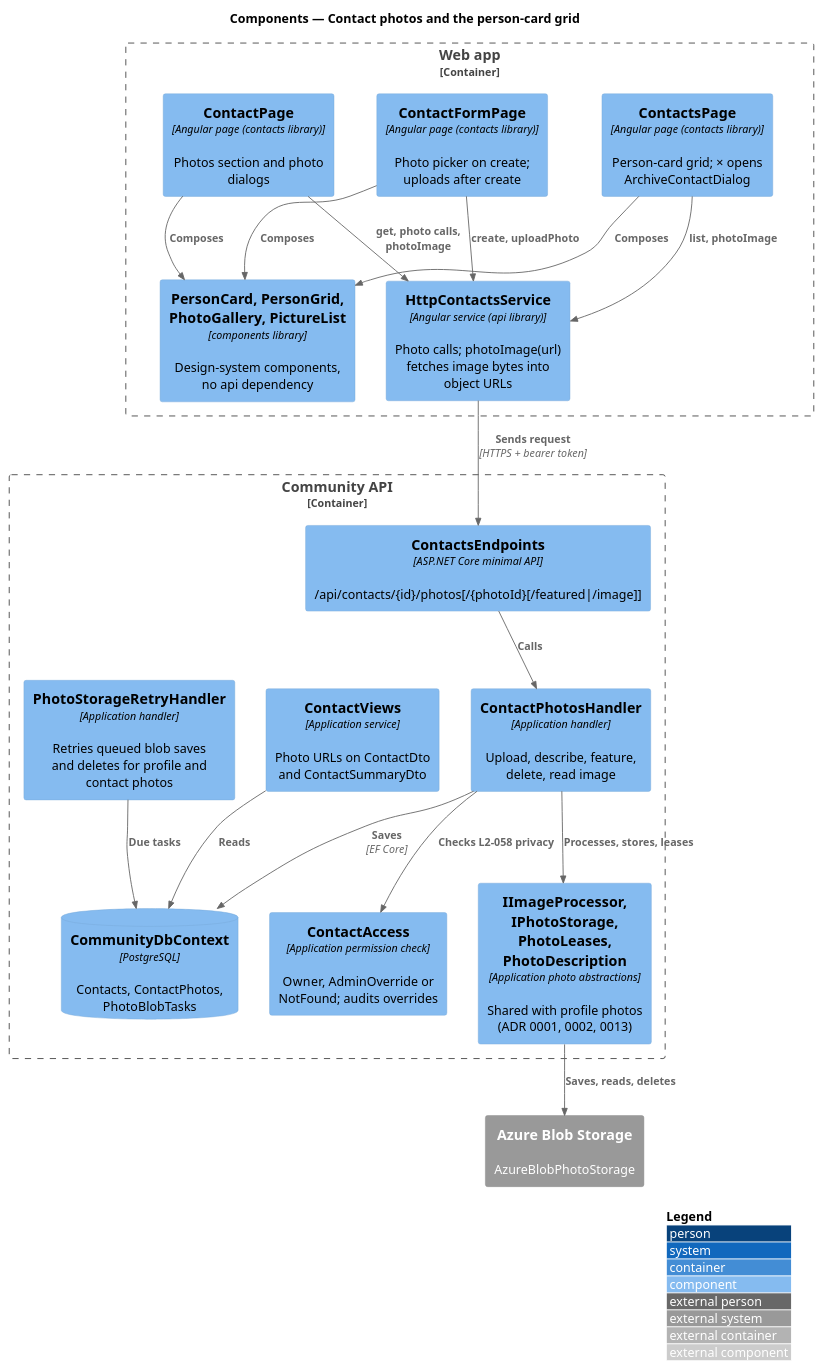
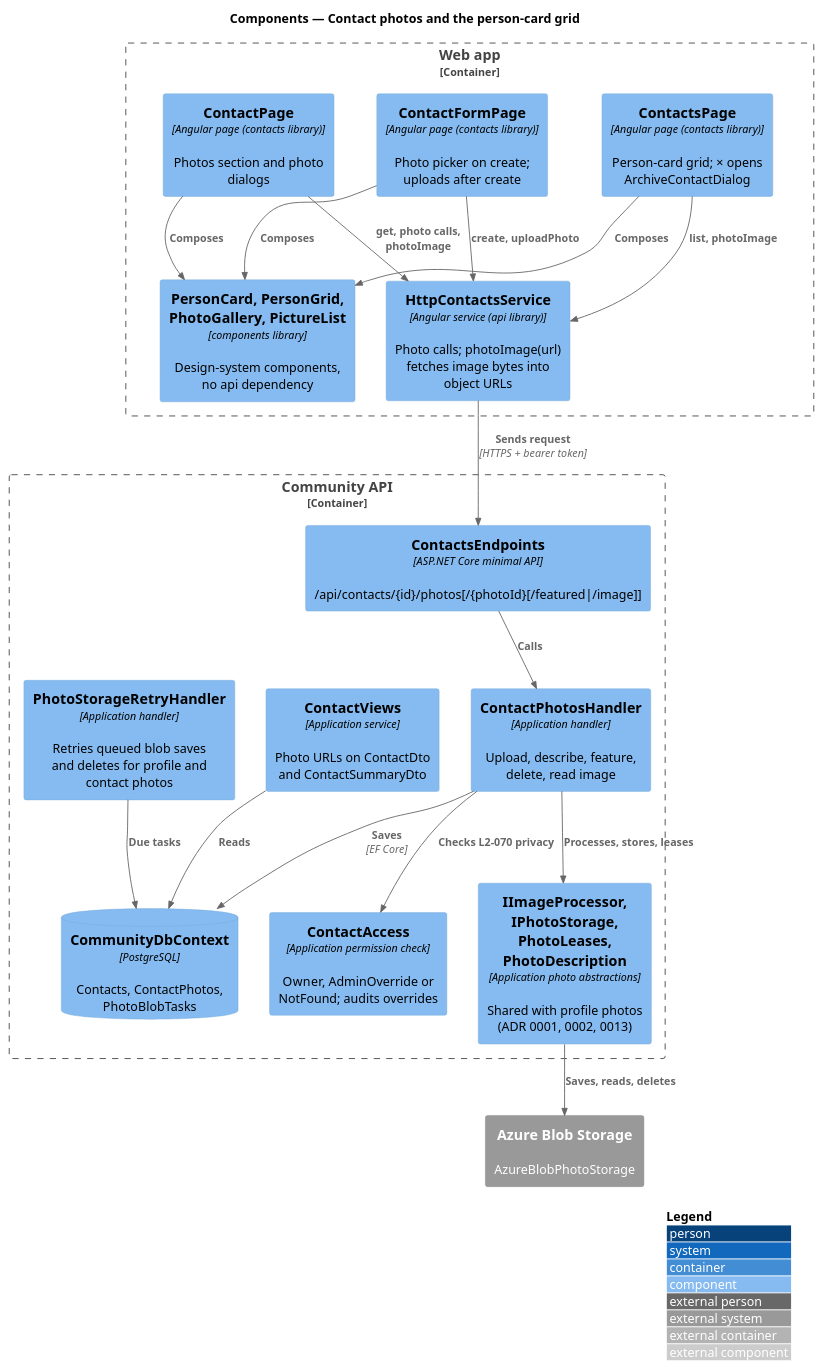
One commit to QuinntyneBrown/faithtech-community changed the diagram in docs/detailed-designs/contacts/contact-photos/diagrams/c4-component.puml. Above: the diagram before and after it, drawn with PlantUML. The commit also changed 92 other files, not shown here.

```diff
--- a/docs/detailed-designs/contacts/contact-photos/diagrams/c4-component.puml
+++ b/docs/detailed-designs/contacts/contact-photos/diagrams/c4-component.puml
@@ -1,36 +1,36 @@
 @startuml
 !include <C4/C4_Component>
 LAYOUT_WITH_LEGEND()
 title Components — Contact photos and the person-card grid
 Container_Boundary(web, "Web app") {
   Component(list, "ContactsPage", "Angular page (contacts library)", "Person-card grid; × opens ArchiveContactDialog")
   Component(form, "ContactFormPage", "Angular page (contacts library)", "Photo picker on create; uploads after create")
   Component(page, "ContactPage", "Angular page (contacts library)", "Photos section and photo dialogs")
   Component(ui, "PersonCard, PersonGrid, PhotoGallery, PictureList", "components library", "Design-system components, no api dependency")
   Component(svc, "HttpContactsService", "Angular service (api library)", "Photo calls; photoImage(url) fetches image bytes into object URLs")
 }
 Container_Boundary(api, "Community API") {
   Component(ep, "ContactsEndpoints", "ASP.NET Core minimal API", "/api/contacts/{id}/photos[/{photoId}[/featured|/image]]")
   Component(h, "ContactPhotosHandler", "Application handler", "Upload, describe, feature, delete, read image")
   Component(acc, "ContactAccess", "Application permission check", "Owner, AdminOverride or NotFound; audits overrides")
   Component(views, "ContactViews", "Application service", "Photo URLs on ContactDto and ContactSummaryDto")
   Component(shared, "IImageProcessor, IPhotoStorage, PhotoLeases, PhotoDescription", "Application photo abstractions", "Shared with profile photos (ADR 0001, 0002, 0013)")
   Component(retry, "PhotoStorageRetryHandler", "Application handler", "Retries queued blob saves and deletes for profile and contact photos")
   ComponentDb(db, "CommunityDbContext", "PostgreSQL", "Contacts, ContactPhotos, PhotoBlobTasks")
 }
 System_Ext(blob, "Azure Blob Storage", "AzureBlobPhotoStorage")
 Rel(list, ui, "Composes")
 Rel(form, ui, "Composes")
 Rel(page, ui, "Composes")
 Rel(list, svc, "list, photoImage")
 Rel(form, svc, "create, uploadPhoto")
 Rel(page, svc, "get, photo calls, photoImage")
 Rel(svc, ep, "Sends request", "HTTPS + bearer token")
 Rel(ep, h, "Calls")
-Rel(h, acc, "Checks L2-058 privacy")
+Rel(h, acc, "Checks L2-070 privacy")
 Rel(h, shared, "Processes, stores, leases")
 Rel(h, db, "Saves", "EF Core")
 Rel(views, db, "Reads")
 Rel(shared, blob, "Saves, reads, deletes")
 Rel(retry, db, "Due tasks")
 @enduml
```
